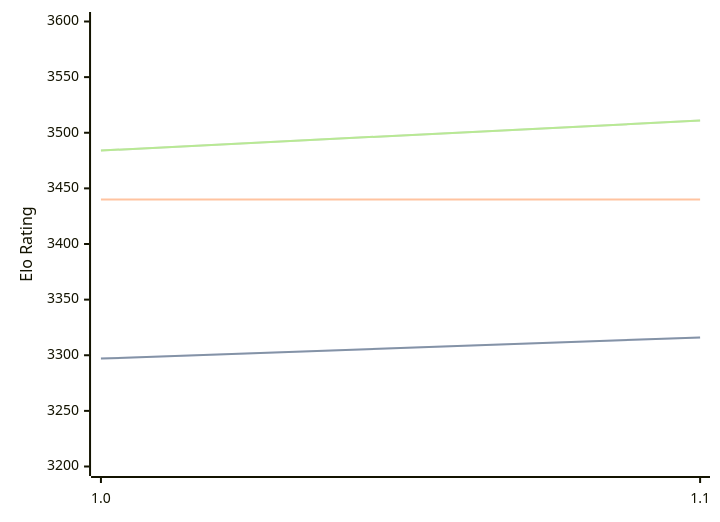
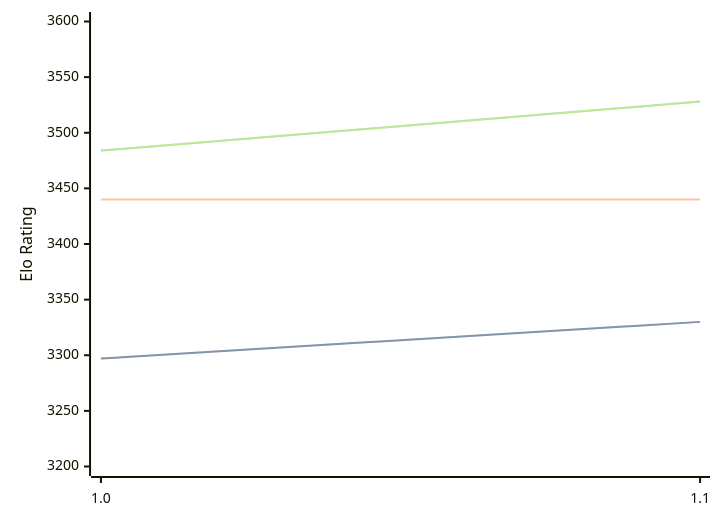
Before and after one commit to computer-chess-index/cci: the diagram in engines/Icarus.md, drawn with Mermaid. The commit also changed other lines of this file, not shown here.

Commit message:
Update CCI Ratings (ELO VLTC) - 2026-06-09

````diff
--- a/engines/Icarus.md
+++ b/engines/Icarus.md
@@ -32,11 +32,11 @@
 ```mermaid
 %%{init: {"theme":"base","themeVariables":{"seriesColors:['#a3a3a3','#222221','#faa371']}}}%%
 xychart-beta
   x-axis ["1.0", "1.1"]
   y-axis "Elo Rating" 3200 --> 3600
-  line "STC (8.0+0.08s)" [3297, 3316]
-  line "STC (8.0+0.08s)" [3297, 3316]
+  line "STC (8.0+0.08s)" [3297, 3330]
+  line "STC (8.0+0.08s)" [3297, 3330]
   line "LTC (60.0+0.60s)" [3440, 3440]
-  line "VLTC (2m24s+1.12s)" [3484, 3511]
-  line "VLTC (2m24s+1.12s)" [3484, 3511]
+  line "VLTC (2m24s+1.12s)" [3484, 3528]
+  line "VLTC (2m24s+1.12s)" [3484, 3528]
 ```
````
